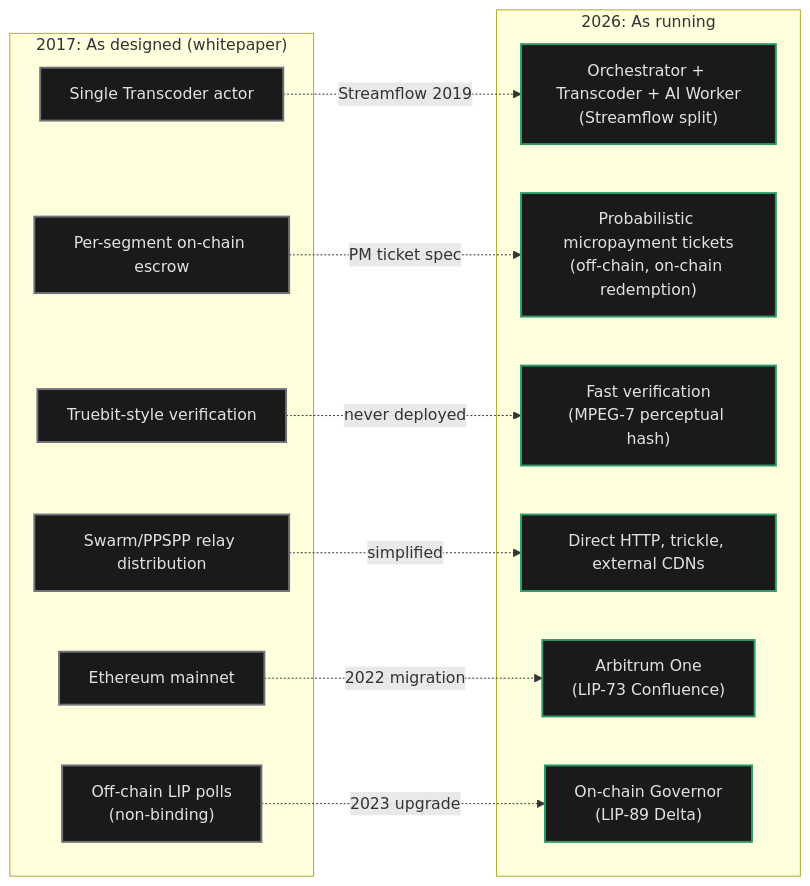
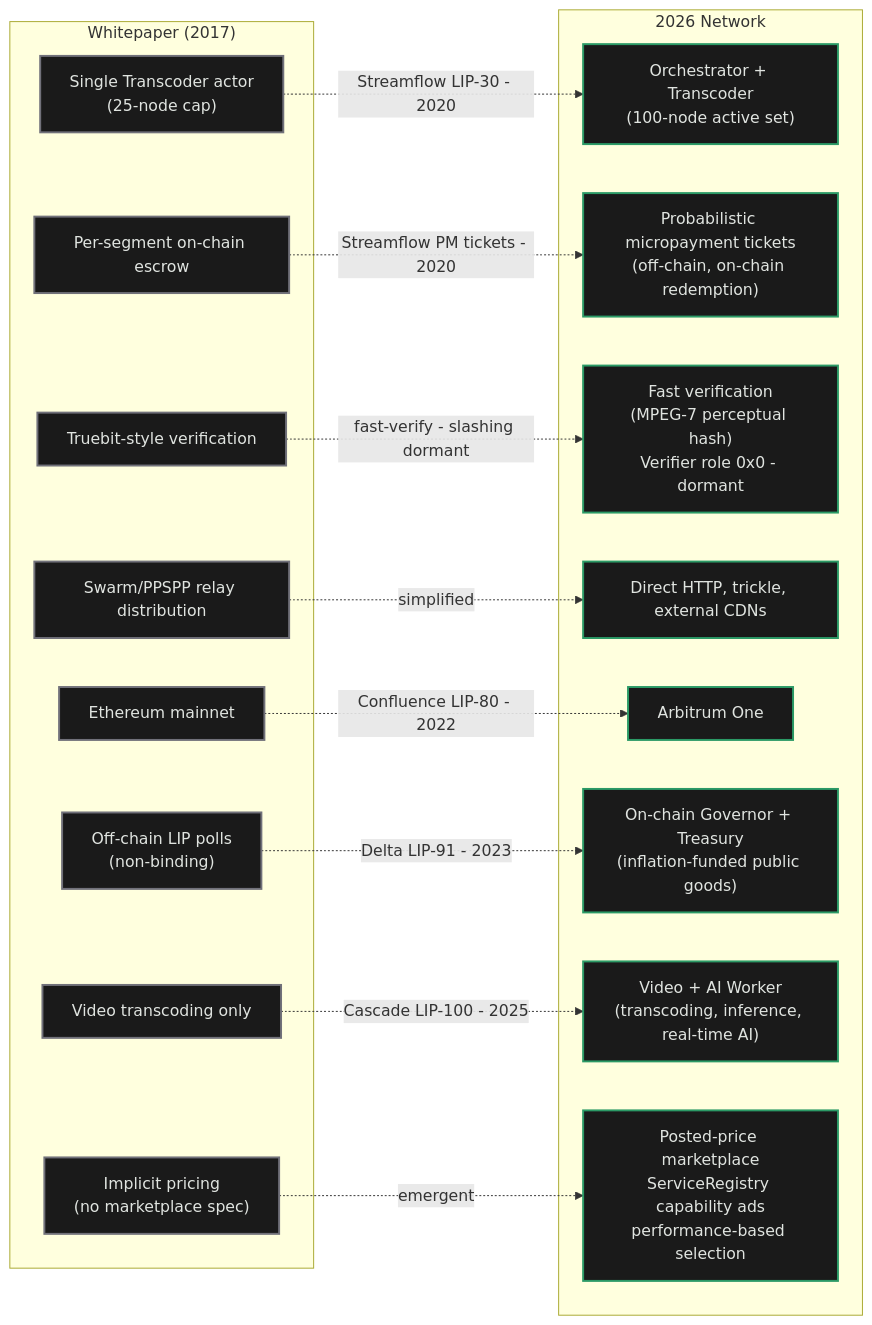
Before and after one commit to livepeer/docs: the diagram in v2/about/network/design.mdx, drawn with Mermaid. The commit also changed other lines of this file and 31 other files, not shown here.

````diff
--- a/v2/about/network/design.mdx
+++ b/v2/about/network/design.mdx
@@ -64,31 +111,37 @@
 ```mermaid
 %%{init: {'theme': 'base', 'themeVariables': { 'primaryColor': '#1a1a1a', 'primaryTextColor': '#E0E4E0', 'primaryBorderColor': '#2b9a66', 'lineColor': '#2b9a66', 'secondaryColor': '#0d0d0d', 'tertiaryColor': '#1a1a1a', 'background': '#0d0d0d', 'fontFamily': "Inter, 'Inter Fallback', -apple-system, system-ui" }}}%%
 flowchart LR
     classDef old fill:#1a1a1a,color:#E0E4E0,stroke:#71717a,stroke-width:2px
     classDef new fill:#1a1a1a,color:#E0E4E0,stroke:#2b9a66,stroke-width:2px
 
-    subgraph Designed["2017: As designed (whitepaper)"]
-        D1["Single Transcoder actor"]:::old
+    subgraph Designed["Whitepaper (2017)"]
+        D1["Single Transcoder actor<br/>(25-node cap)"]:::old
         D2["Per-segment on-chain escrow"]:::old
         D3["Truebit-style verification"]:::old
         D4["Swarm/PPSPP relay distribution"]:::old
         D5["Ethereum mainnet"]:::old
         D6["Off-chain LIP polls<br/>(non-binding)"]:::old
+        D7["Video transcoding only"]:::old
+        D8["Implicit pricing<br/>(no marketplace spec)"]:::old
     end
 
-    subgraph Running["2026: As running"]
-        R1["Orchestrator + Transcoder + AI Worker<br/>(Streamflow split)"]:::new
+    subgraph Running["2026 Network"]
+        R1["Orchestrator + Transcoder<br/>(100-node active set)"]:::new
         R2["Probabilistic micropayment tickets<br/>(off-chain, on-chain redemption)"]:::new
-        R3["Fast verification<br/>(MPEG-7 perceptual hash)"]:::new
+        R3["Fast verification<br/>(MPEG-7 perceptual hash)<br/>Verifier role 0x0 - dormant"]:::new
         R4["Direct HTTP, trickle, external CDNs"]:::new
-        R5["Arbitrum One<br/>(LIP-73 Confluence)"]:::new
-        R6["On-chain Governor<br/>(LIP-89 Delta)"]:::new
+        R5["Arbitrum One"]:::new
+        R6["On-chain Governor + Treasury<br/>(inflation-funded public goods)"]:::new
+        R7["Video + AI Worker<br/>(transcoding, inference, real-time AI)"]:::new
+        R8["Posted-price marketplace<br/>ServiceRegistry capability ads<br/>performance-based selection"]:::new
     end
 
-    D1 -.->|Streamflow 2019| R1
-    D2 -.->|PM ticket spec| R2
-    D3 -.->|never deployed| R3
+    D1 -.->|Streamflow LIP-30 - 2020| R1
+    D2 -.->|Streamflow PM tickets - 2020| R2
+    D3 -.->|fast-verify - slashing dormant| R3
     D4 -.->|simplified| R4
-    D5 -.->|2022 migration| R5
-    D6 -.->|2023 upgrade| R6
+    D5 -.->|Confluence LIP-80 - 2022| R5
+    D6 -.->|Delta LIP-91 - 2023| R6
+    D7 -.->|Cascade LIP-100 - 2025| R7
+    D8 -.->|emergent| R8
 ```
````
